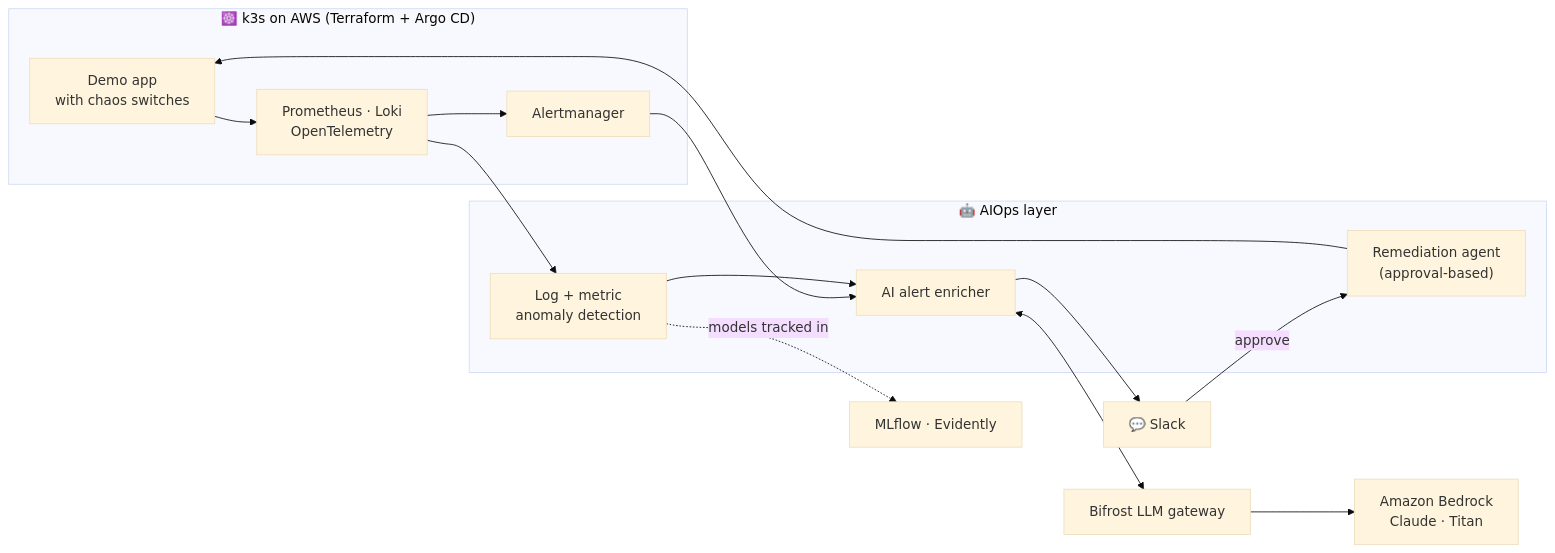
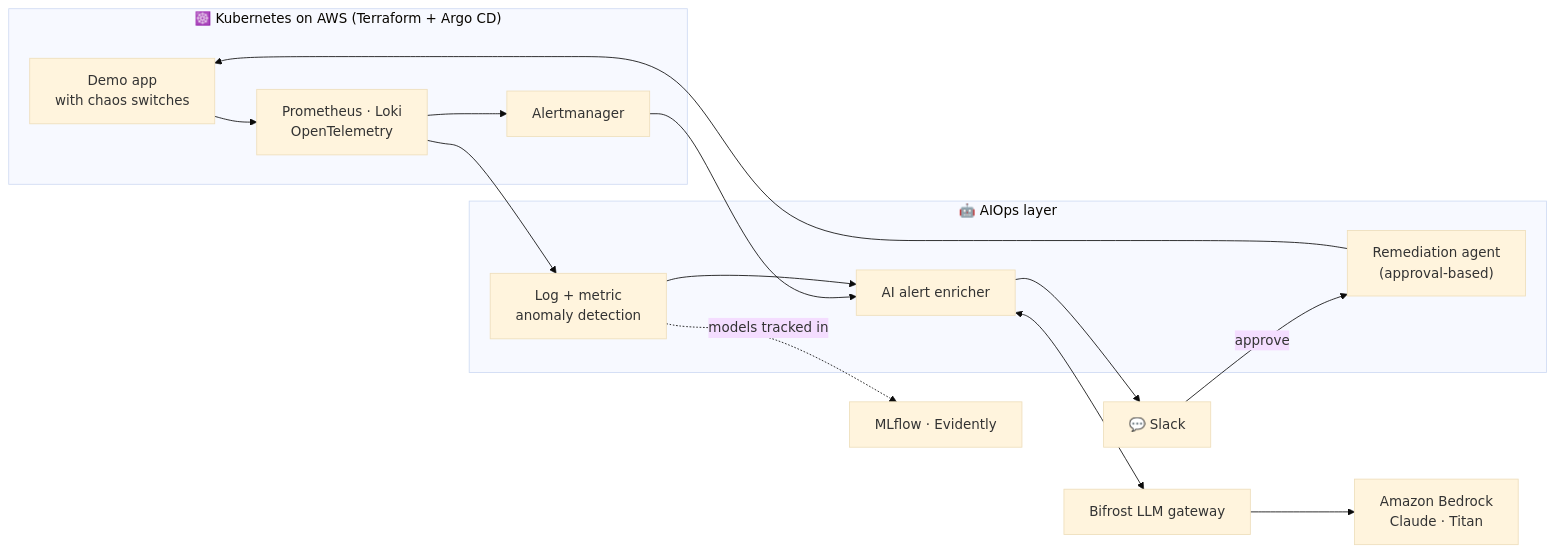
The diagram in README.md (amllan123/amllan123), drawn with Mermaid (base theme) before and after one commit. The commit also changed other lines of this file, not shown here.

Commit message:
Profile README: describe aiops-platform as Kubernetes on AWS

````diff
--- a/README.md
+++ b/README.md
@@ -81,20 +81,20 @@
 ```mermaid
 flowchart LR
-    subgraph K8s["☸️ k3s on AWS (Terraform + Argo CD)"]
+    subgraph K8s["☸️ Kubernetes on AWS (Terraform + Argo CD)"]
         APP["Demo app<br/>with chaos switches"]
         OBS["Prometheus · Loki<br/>OpenTelemetry"]
         AM["Alertmanager"]
     end
     subgraph AI["🤖 AIOps layer"]
         DET["Log + metric<br/>anomaly detection"]
         ENR["AI alert enricher"]
         REM["Remediation agent<br/>(approval-based)"]
     end
     GW["Bifrost LLM gateway"] --> BR["Amazon Bedrock<br/>Claude · Titan"]
     APP --> OBS --> AM --> ENR
     OBS --> DET --> ENR
     ENR <--> GW
     ENR --> SL["💬 Slack"]
     SL -- "approve" --> REM --> APP
     DET -. "models tracked in" .-> ML["MLflow · Evidently"]
 ```
````
